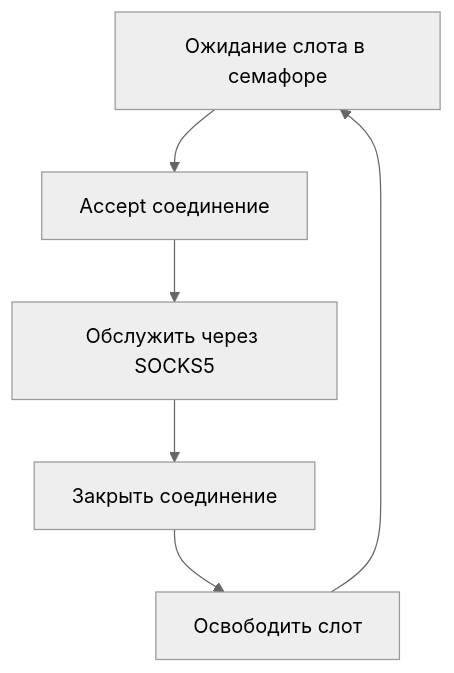
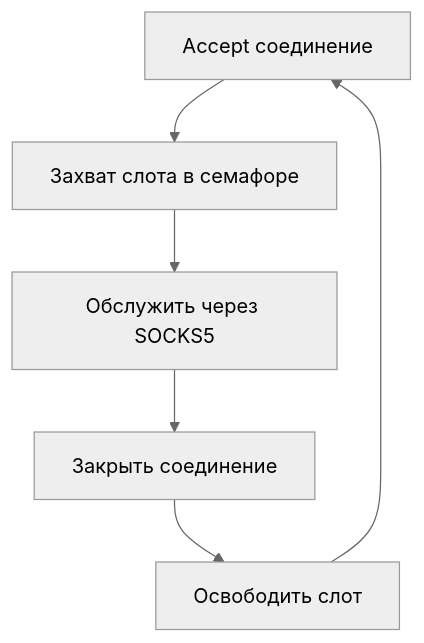
The ninth of 11 diagrams in README.md (voluminor/ratatoskr), drawn with Mermaid (neutral theme) before and after one commit. The commit also changed other lines of this file and 4 other files, not shown here.

````diff
--- a/README.md
+++ b/README.md
@@ -326,6 +344,6 @@
 ```mermaid
 flowchart TD
-   WAIT[Ожидание слота в семафоре] --> ACCEPT[Accept соединение]
-   ACCEPT --> SERVE[Обслужить через SOCKS5]
-   SERVE --> CLOSE[Закрыть соединение] --> FREE[Освободить слот] --> WAIT
+   ACCEPT[Accept соединение] --> SEM[Захват слота в семафоре]
+   SEM --> SERVE[Обслужить через SOCKS5]
+   SERVE --> CLOSE[Закрыть соединение] --> FREE[Освободить слот] --> ACCEPT
 ```
````
